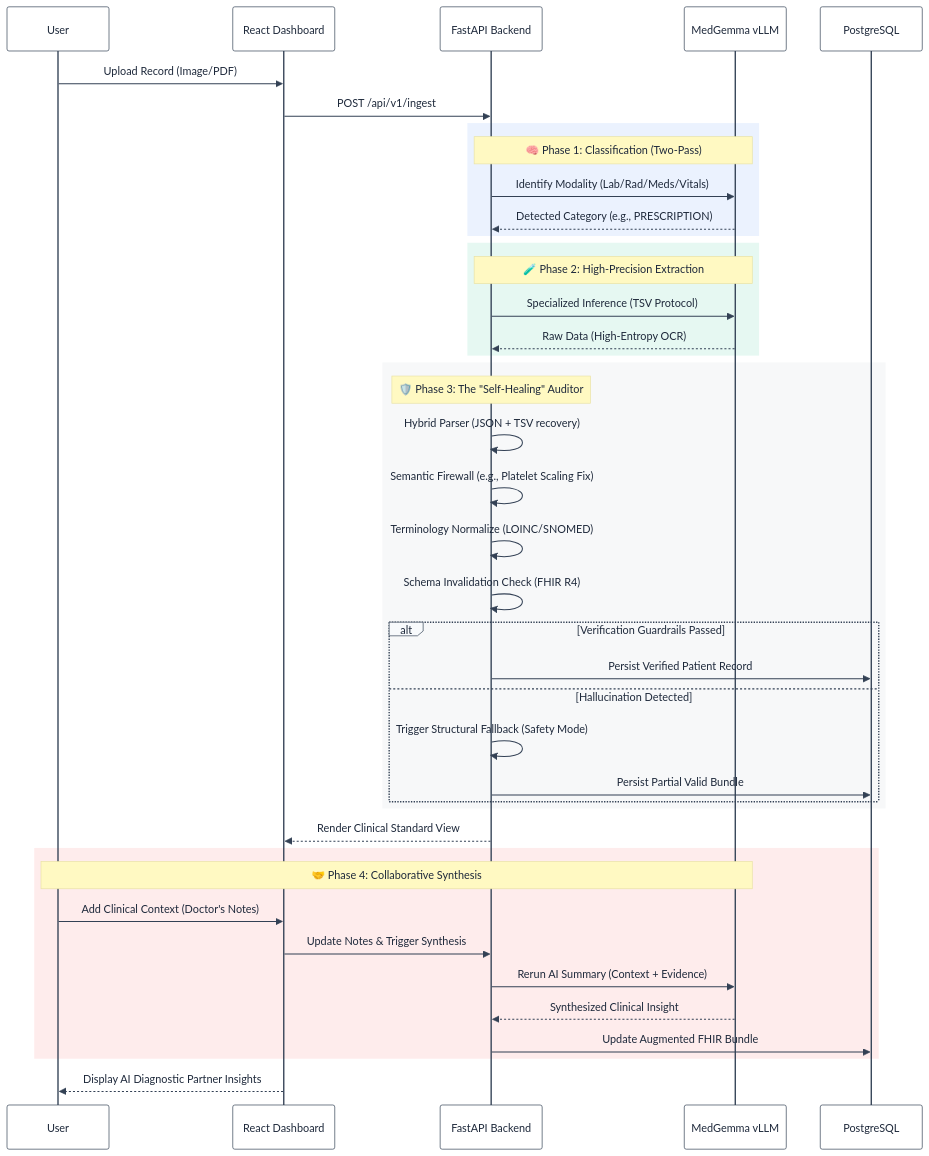
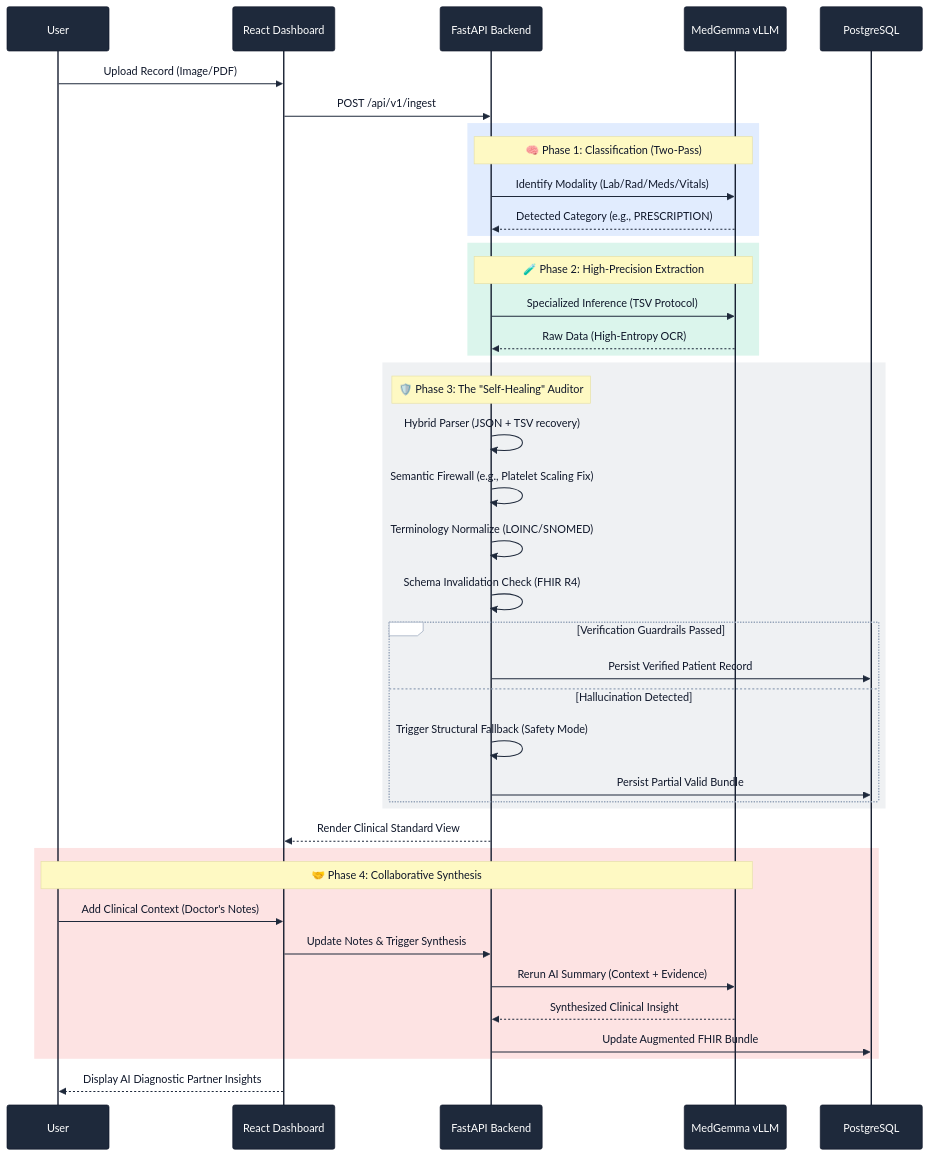
One commit to ALIENvsROBOT/challenge_kaggle changed the diagram in README.md. Above: the diagram before and after it, drawn with Mermaid.

Commit message:
docs: Update Mermaid diagram theme colors and increase rectangle opacities in README.

````diff
--- a/README.md
+++ b/README.md
@@ -77,75 +77,75 @@
 ```mermaid
 %%{init: {
   'theme': 'base',
   'themeVariables': {
     'background': '#ffffff',
     'mainBkg': '#ffffff',
-    'primaryColor': '#f8fafc',
-    'primaryTextColor': '#1e293b',
-    'primaryBorderColor': '#334155',
-    'lineColor': '#334155',
+    'primaryColor': '#e2e8f0',
+    'primaryTextColor': '#0f172a',
+    'primaryBorderColor': '#94a3b8',
+    'lineColor': '#1e293b',
     'secondaryColor': '#f8fafc',
-    'tertiaryColor': '#f8fafc',
-    'noteBkgColor': '#fff9c2',
-    'noteTextColor': '#1e293b',
-    'actorBkg': '#ffffff',
-    'actorTextColor': '#1e293b',
-    'actorBorder': '#334155',
-    'signalColor': '#334155',
-    'signalTextColor': '#1e293b',
-    'labelBoxBkgColor': '#f8fafc',
-    'labelBoxBorderColor': '#334155',
-    'loopTextColor': '#1e293b',
+    'tertiaryColor': '#f1f5f9',
+    'noteBkgColor': '#fef9c3',
+    'noteTextColor': '#0f172a',
+    'actorTextColor': '#ffffff',
+    'actorBkg': '#1e293b',
+    'actorBorder': '#0f172a',
+    'signalColor': '#1e293b',
+    'signalTextColor': '#0f172a',
+    'labelBoxBkgColor': '#ffffff',
+    'labelBoxBorderColor': '#94a3b8',
+    'loopTextColor': '#0f172a',
     'fontSize': '14px'
   }
 }}%%
 sequenceDiagram
     participant User
     participant UI as React Dashboard
     participant API as FastAPI Backend
     participant LLM as MedGemma vLLM
     participant DB as PostgreSQL
 
     User->>UI: Upload Record (Image/PDF)
     UI->>API: POST /api/v1/ingest
 
-    rect rgba(59, 130, 246, 0.1)
+    rect rgba(59, 130, 246, 0.15)
     Note over API, LLM: 🧠 Phase 1: Classification (Two-Pass)
     API->>LLM: Identify Modality (Lab/Rad/Meds/Vitals)
     LLM-->>API: Detected Category (e.g., PRESCRIPTION)
     end
 
-    rect rgba(16, 185, 129, 0.1)
+    rect rgba(16, 185, 129, 0.15)
     Note over API, LLM: 🧪 Phase 2: High-Precision Extraction
     API->>LLM: Specialized Inference (TSV Protocol)
     LLM-->>API: Raw Data (High-Entropy OCR)
     end
 
-    rect rgba(100, 116, 139, 0.05)
+    rect rgba(100, 116, 139, 0.1)
     Note over API: 🛡️ Phase 3: The "Self-Healing" Auditor
     API->>API: Hybrid Parser (JSON + TSV recovery)
     API->>API: Semantic Firewall (e.g., Platelet Scaling Fix)
     API->>API: Terminology Normalize (LOINC/SNOMED)
     API->>API: Schema Invalidation Check (FHIR R4)
 
     alt Verification Guardrails Passed
         API->>DB: Persist Verified Patient Record
     else Hallucination Detected
         API->>API: Trigger Structural Fallback (Safety Mode)
         API->>DB: Persist Partial Valid Bundle
     end
     end
 
     API-->>UI: Render Clinical Standard View
 
-    rect rgba(239, 68, 68, 0.1)
+    rect rgba(239, 68, 68, 0.15)
     Note over User, LLM: 🤝 Phase 4: Collaborative Synthesis
     User->>UI: Add Clinical Context (Doctor's Notes)
     UI->>API: Update Notes & Trigger Synthesis
     API->>LLM: Rerun AI Summary (Context + Evidence)
     LLM-->>API: Synthesized Clinical Insight
     API->>DB: Update Augmented FHIR Bundle
     end
 
     UI-->>User: Display AI Diagnostic Partner Insights
 ```
````
